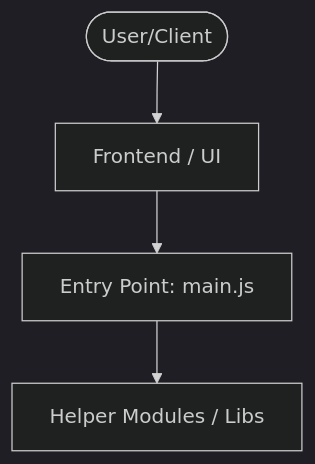
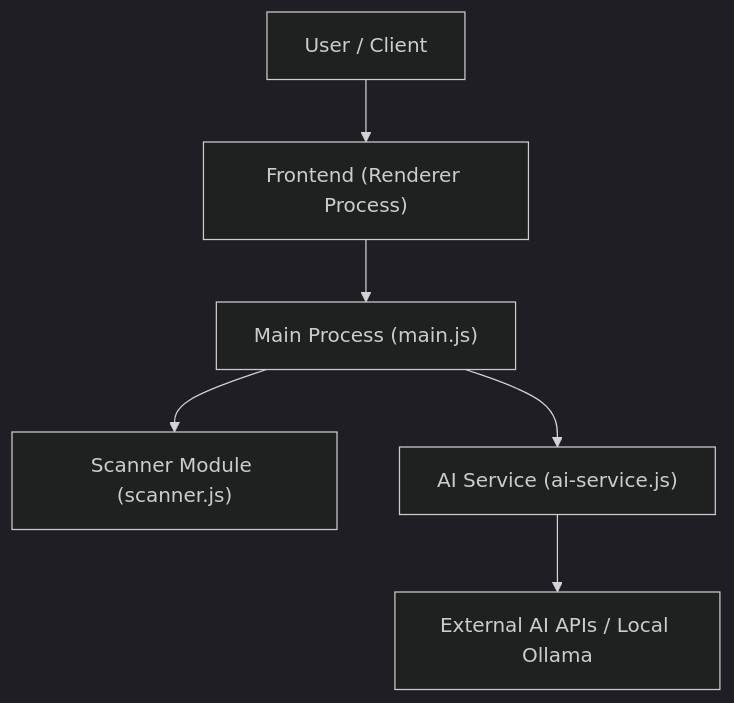
Before and after one commit to budanga/readme-generator: the diagram in README.md, drawn with Mermaid (dark theme). The commit also changed other lines of this file and 9 other files, not shown here.

````diff
--- a/README.md
+++ b/README.md
@@ -67,6 +66,8 @@
 ```mermaid
 graph TD
-  User([User/Client]) --> UI["Frontend / UI"]
-  UI --> Entry[Entry Point: main.js]
-  Entry --> Modules[Helper Modules / Libs]
+  User["User / Client"] --> UI["Frontend (Renderer Process)"]
+  UI --> Main["Main Process (main.js)"]
+  Main --> Scanner["Scanner Module (scanner.js)"]
+  Main --> AIService["AI Service (ai-service.js)"]
+  AIService --> Providers["External AI APIs / Local Ollama"]
 ```
````
